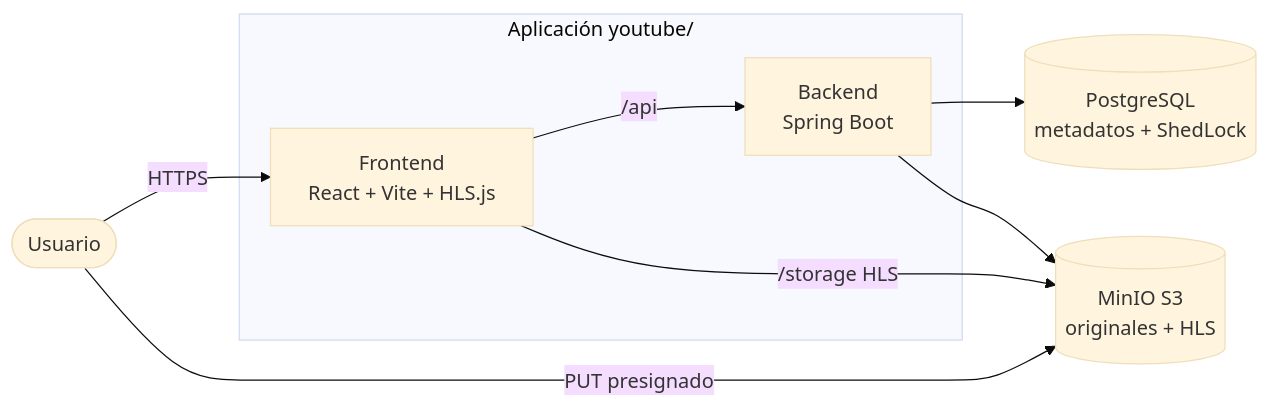
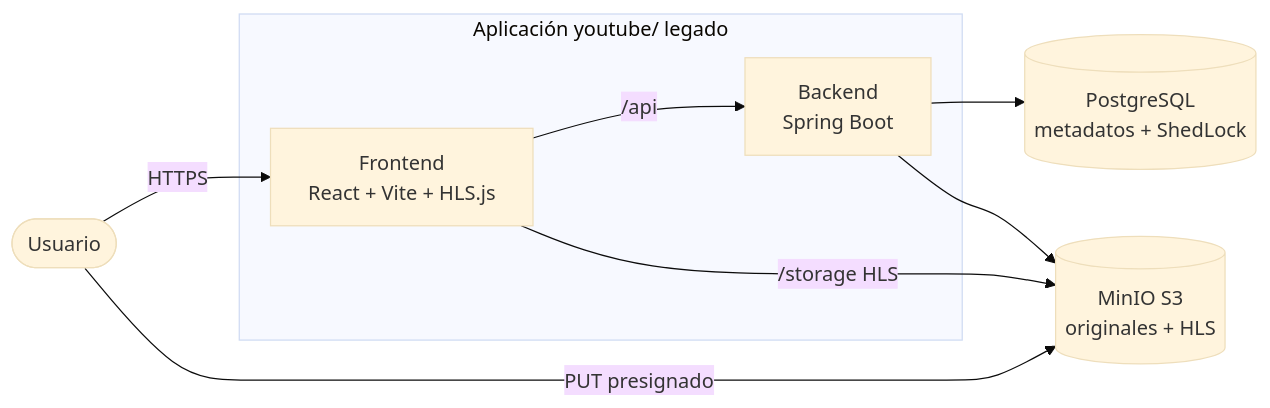
One commit to kurtlobato/IOL-Challenge changed the third of 11 diagrams in youtube/DESIGN.md. Above: the diagram before and after it, drawn with Mermaid (base theme). The commit also changed other lines of this file and 39 other files, not shown here.

````diff
--- a/youtube/DESIGN.md
+++ b/youtube/DESIGN.md
@@ -11,17 +58,17 @@
 ```mermaid
 flowchart LR
   usuario([Usuario])
-  subgraph app["Aplicación youtube/"]
+  subgraph app["Aplicación youtube/ legado"]
     web[Frontend\nReact + Vite + HLS.js]
     api[Backend\nSpring Boot]
   end
   pg[(PostgreSQL\nmetadatos + ShedLock)]
   minio[(MinIO S3\noriginales + HLS)]
 
   usuario -->|HTTPS| web
   web -->|"/api"| api
   web -->|"/storage HLS"| minio
   api --> pg
   api --> minio
   usuario -->|PUT presignado| minio
 ```
````
